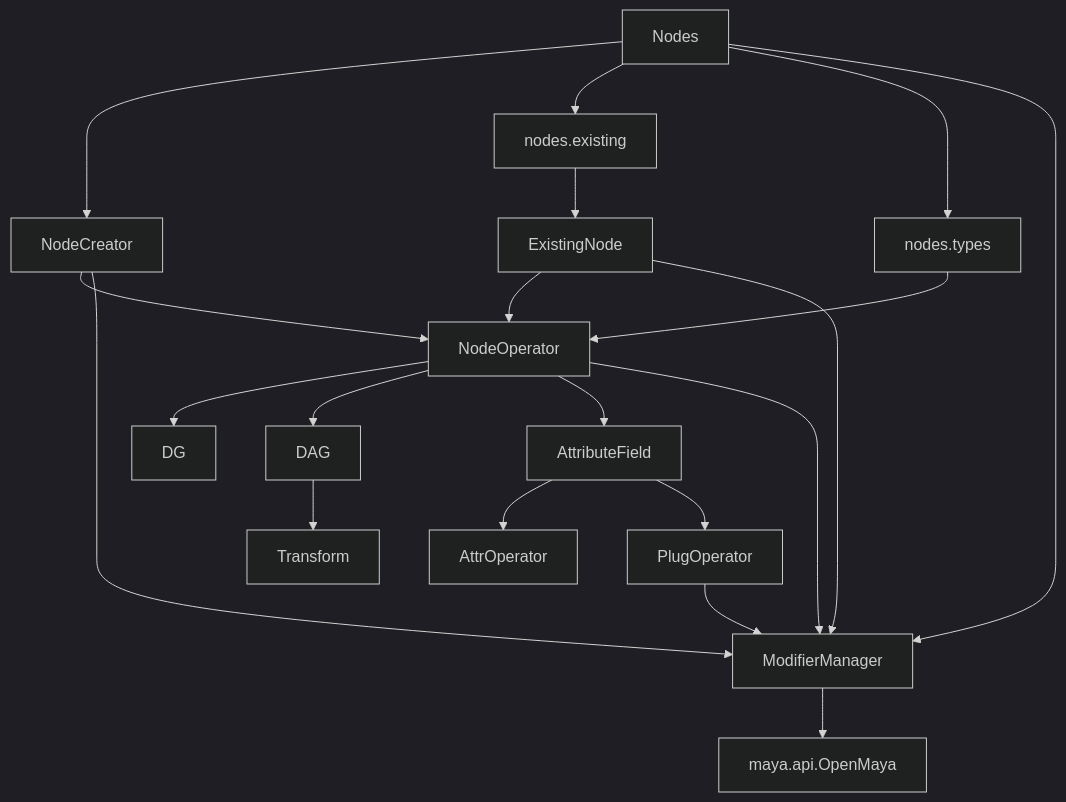
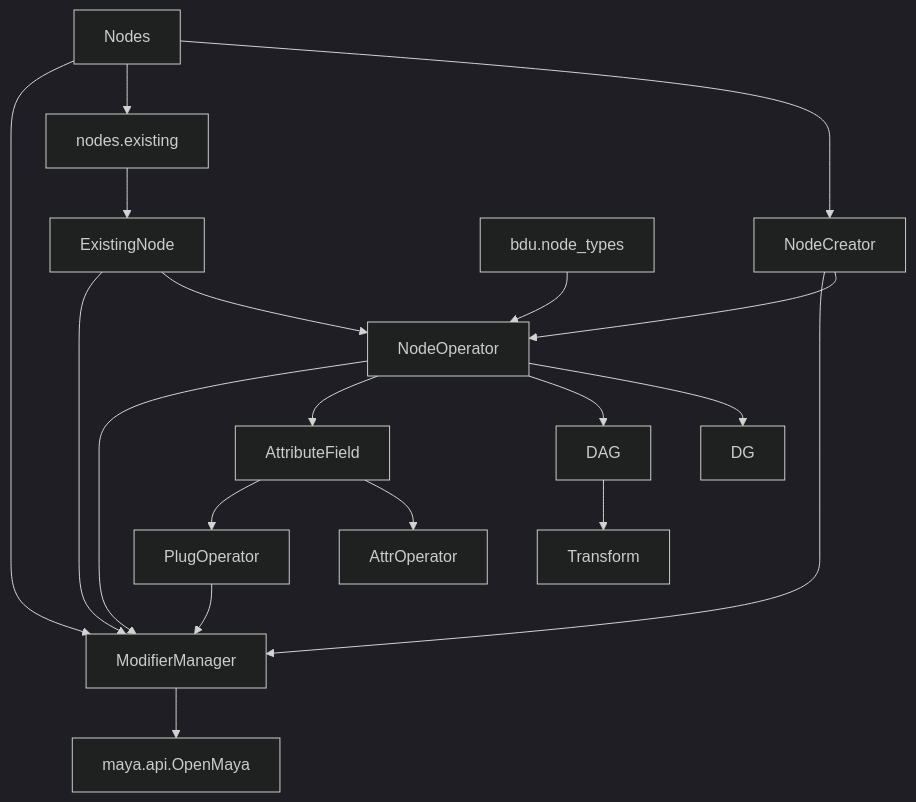
Before and after one commit to AkihiroMamiduka/bakedanuki-util: the diagram in bakedanuki/bakedanuki-util/docs/maya/node_operator/README.md, drawn with Mermaid (dark theme). The commit also changed other lines of this file and 24 other files, not shown here.

Commit message:
feat: nodes.types を廃止し、NodeOperator クラスの参照と型注釈を bdu.node_types に統一

````diff
--- a/bakedanuki/bakedanuki-util/docs/maya/node_operator/README.md
+++ b/bakedanuki/bakedanuki-util/docs/maya/node_operator/README.md
@@ -128,37 +130,36 @@
 ```mermaid
 flowchart TD
     NodeOperator["NodeOperator"]
     DG["DG"]
     DAG["DAG"]
     Transform["Transform"]
     AttributeField["AttributeField"]
     AttrOperator["AttrOperator"]
     PlugOperator["PlugOperator"]
     ModifierManager["ModifierManager"]
     Nodes["Nodes"]
     NodeCreator["NodeCreator"]
     ExistingAccessor["nodes.existing"]
     ExistingNode["ExistingNode"]
-    NodeTypes["nodes.types"]
+    NodeTypes["bdu.node_types"]
     OpenMaya["maya.api.OpenMaya"]
 
     Nodes --> NodeCreator
     Nodes --> ExistingAccessor
-    Nodes --> NodeTypes
     Nodes --> ModifierManager
     ExistingAccessor --> ExistingNode
     NodeCreator --> NodeOperator
     NodeCreator --> ModifierManager
     ExistingNode --> NodeOperator
     ExistingNode --> ModifierManager
     NodeTypes --> NodeOperator
     NodeOperator --> DG
     NodeOperator --> DAG
     DAG --> Transform
     NodeOperator --> AttributeField
     AttributeField --> AttrOperator
     AttributeField --> PlugOperator
     PlugOperator --> ModifierManager
     NodeOperator --> ModifierManager
     ModifierManager --> OpenMaya
 ```
````
